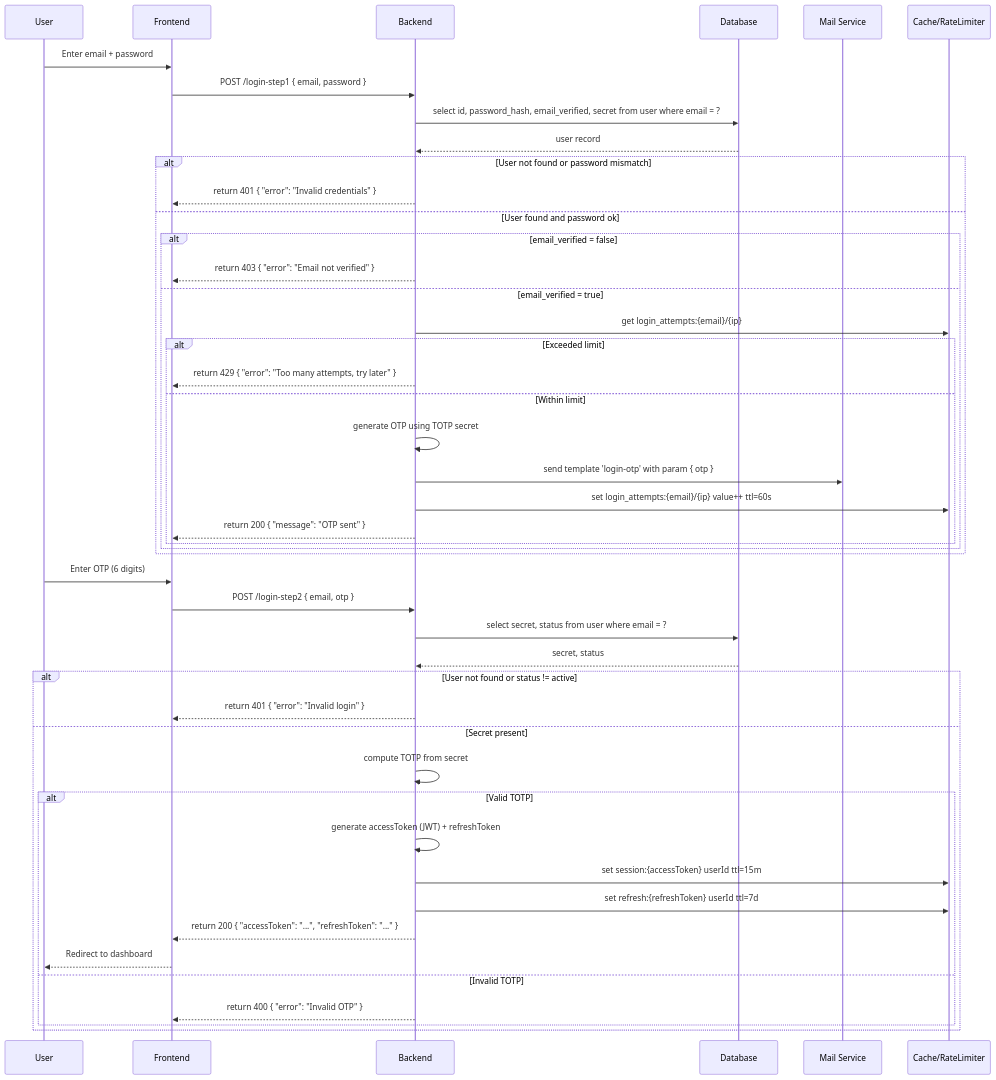
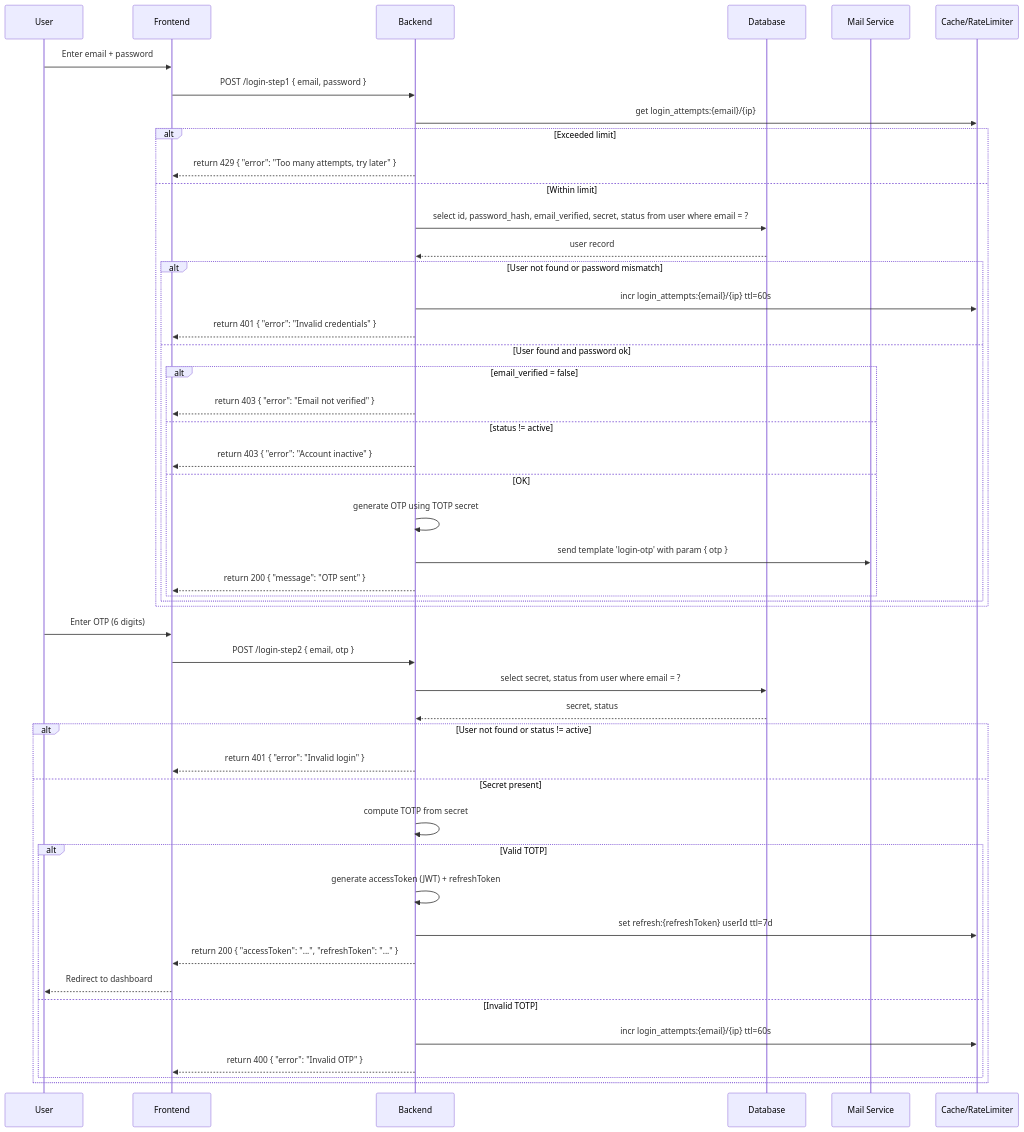
The diagram in login.md (ninggiangboy/flow), drawn with Mermaid before and after one commit.

Commit message:
Refactor login flow to include account status check

````diff
--- a/login.md
+++ b/login.md
@@ -1,53 +1,56 @@
 ```mermaid
 sequenceDiagram
     participant U as User
     participant FE as Frontend
     participant BE as Backend
     participant DB as Database
     participant MS as Mail Service
     participant Cache as Cache/RateLimiter
 
     U->>FE: Enter email + password
     FE->>BE: POST /login-step1 { email, password }
-    BE->>DB: select id, password_hash, email_verified, secret from user where email = ?
-    DB-->>BE: user record
 
-    alt User not found or password mismatch
-        BE-->>FE: return 401 { "error": "Invalid credentials" }
-    else User found and password ok
-        alt email_verified = false
-            BE-->>FE: return 403 { "error": "Email not verified" }
-        else email_verified = true
-            BE->>Cache: get login_attempts:{email}/{ip}
-            alt Exceeded limit
-                BE-->>FE: return 429 { "error": "Too many attempts, try later" }
-            else Within limit
+    BE->>Cache: get login_attempts:{email}/{ip}
+    alt Exceeded limit
+        BE-->>FE: return 429 { "error": "Too many attempts, try later" }
+    else Within limit
+        BE->>DB: select id, password_hash, email_verified, secret, status from user where email = ?
+        DB-->>BE: user record
+
+        alt User not found or password mismatch
+            BE->>Cache: incr login_attempts:{email}/{ip} ttl=60s
+            BE-->>FE: return 401 { "error": "Invalid credentials" }
+        else User found and password ok
+            alt email_verified = false
+                BE-->>FE: return 403 { "error": "Email not verified" }
+            else status != active
+                BE-->>FE: return 403 { "error": "Account inactive" }
+            else OK
                 BE->>BE: generate OTP using TOTP secret
                 BE->>MS: send template 'login-otp' with param { otp }
-                BE->>Cache: set login_attempts:{email}/{ip} value++ ttl=60s
                 BE-->>FE: return 200 { "message": "OTP sent" }
             end
         end
     end
 
     U->>FE: Enter OTP (6 digits)
     FE->>BE: POST /login-step2 { email, otp }
+
     BE->>DB: select secret, status from user where email = ?
     DB-->>BE: secret, status
 
     alt User not found or status != active
         BE-->>FE: return 401 { "error": "Invalid login" }
     else Secret present
         BE->>BE: compute TOTP from secret
         alt Valid TOTP
             BE->>BE: generate accessToken (JWT) + refreshToken
-            BE->>Cache: set session:{accessToken} userId ttl=15m
             BE->>Cache: set refresh:{refreshToken} userId ttl=7d
             BE-->>FE: return 200 { "accessToken": "...", "refreshToken": "..." }
             FE-->>U: Redirect to dashboard
         else Invalid TOTP
+            BE->>Cache: incr login_attempts:{email}/{ip} ttl=60s
             BE-->>FE: return 400 { "error": "Invalid OTP" }
         end
     end
-
 ```
````
